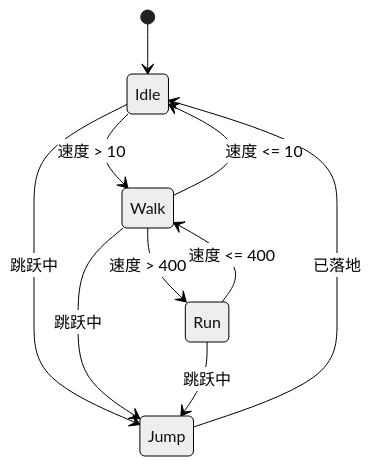
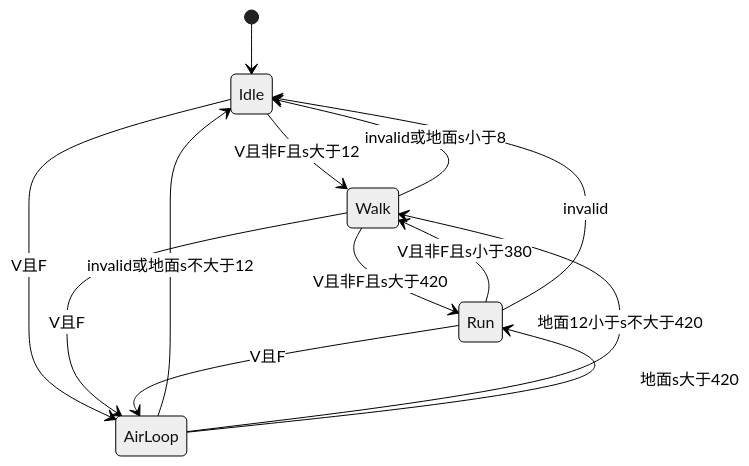
Before and after one commit to fantuan812/learning: the second of 3 diagrams in 知识/04-图形动画与物理仿真/动画求值与角色表现/01-动画蓝图与状态机.md, drawn with Mermaid (neutral theme). The commit also changed other lines of this file and 1 other file, not shown here.

````diff
--- a/知识/04-图形动画与物理仿真/动画求值与角色表现/01-动画蓝图与状态机.md
+++ b/知识/04-图形动画与物理仿真/动画求值与角色表现/01-动画蓝图与状态机.md
@@ -109,12 +279,15 @@
 ```mermaid
 stateDiagram-v2
     [*] --> Idle
-    Idle --> Walk: 速度 > 10
-    Walk --> Idle: 速度 <= 10
-    Walk --> Run: 速度 > 400
-    Run --> Walk: 速度 <= 400
-    Idle --> Jump: 跳跃中
-    Walk --> Jump: 跳跃中
-    Run --> Jump: 跳跃中
-    Jump --> Idle: 已落地
+    Idle --> Walk: V且非F且s大于12
+    Walk --> Idle: invalid或地面s小于8
+    Walk --> Run: V且非F且s大于420
+    Run --> Walk: V且非F且s小于380
+    Run --> Idle: invalid
+    Idle --> AirLoop: V且F
+    Walk --> AirLoop: V且F
+    Run --> AirLoop: V且F
+    AirLoop --> Idle: invalid或地面s不大于12
+    AirLoop --> Walk: 地面12小于s不大于420
+    AirLoop --> Run: 地面s大于420
 ```
````
